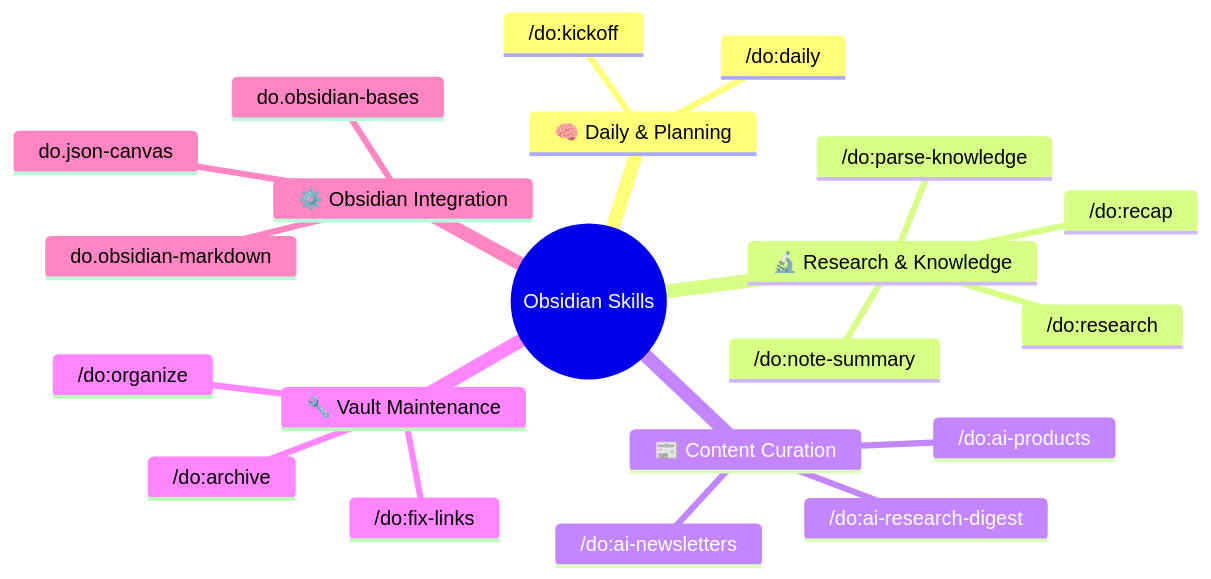
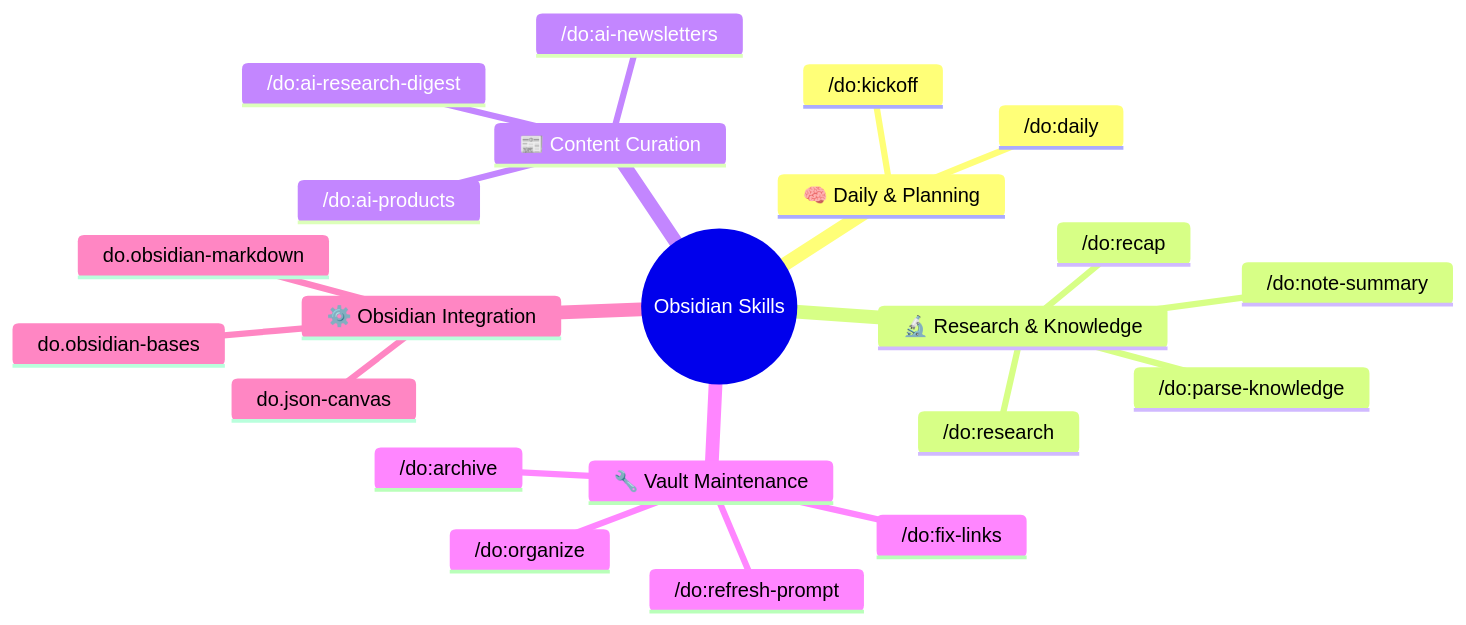
Before and after one commit to dull-bird/DeepOrbit: the fourth of 7 diagrams in README.md, drawn with Mermaid. The commit also changed other lines of this file and 5 other files, not shown here.

Commit message:
feat: Introduce `do.organize` for deep vault reorganization and `do.refresh-prompt` for safe system prompt updates, along with documentation enhancements.

````diff
--- a/README.md
+++ b/README.md
@@ -133,24 +133,25 @@
 ```mermaid
 mindmap
   root((Obsidian Skills))
     🧠 Daily & Planning
       /do:daily
       /do:kickoff
     🔬 Research & Knowledge
       /do:research
       /do:parse-knowledge
       /do:note-summary
       /do:recap
     📰 Content Curation
       /do:ai-newsletters
       /do:ai-products
       /do:ai-research-digest
     🔧 Vault Maintenance
       /do:fix-links
       /do:archive
       /do:organize
+      /do:refresh-prompt
     ⚙️ Obsidian Integration
       do.obsidian-markdown
       do.obsidian-bases
       do.json-canvas
 ```
````
